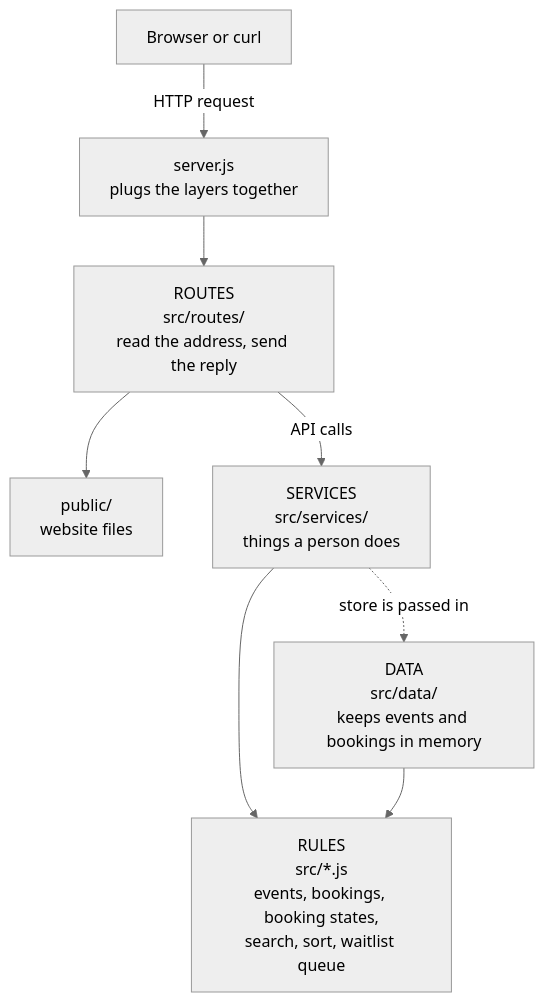
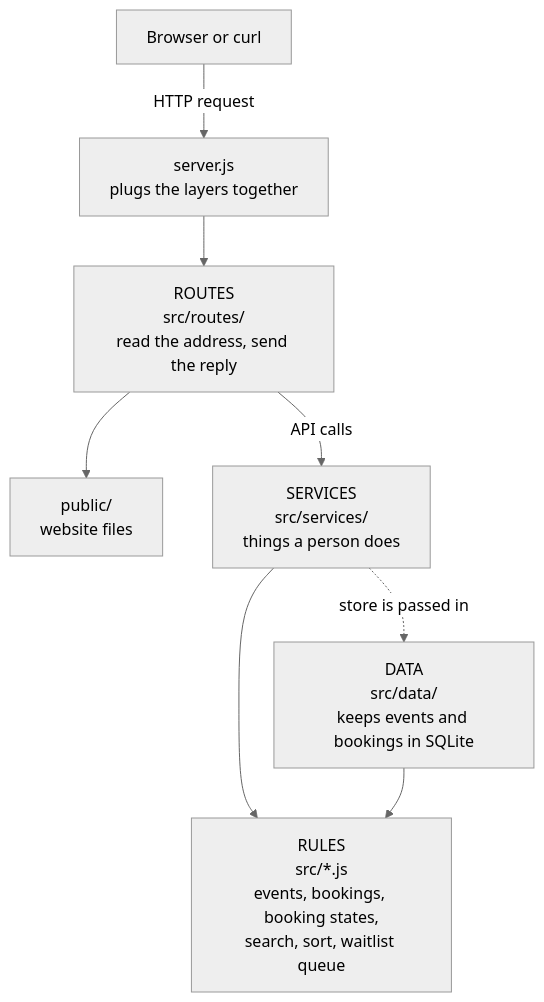
One commit to NkeG/das-2026-capstone-project changed the diagram in docs/architecture.md. Above: the diagram before and after it, drawn with Mermaid (neutral theme). The commit also changed other lines of this file and 25 other files, not shown here.

````diff
--- a/docs/architecture.md
+++ b/docs/architecture.md
@@ -37,10 +38,10 @@
 ```mermaid
 flowchart TD
     Client["Browser or curl"] -->|"HTTP request"| Server["server.js<br/>plugs the layers together"]
     Server --> Routes["ROUTES<br/>src/routes/<br/>read the address, send the reply"]
     Routes --> Public["public/<br/>website files"]
     Routes -->|"API calls"| Services["SERVICES<br/>src/services/<br/>things a person does"]
     Services --> Rules["RULES<br/>src/*.js<br/>events, bookings, booking states,<br/>search, sort, waitlist queue"]
-    Services -.->|"store is passed in"| Data["DATA<br/>src/data/<br/>keeps events and bookings in memory"]
+    Services -.->|"store is passed in"| Data["DATA<br/>src/data/<br/>keeps events and bookings in SQLite"]
     Data --> Rules
 ```
````
